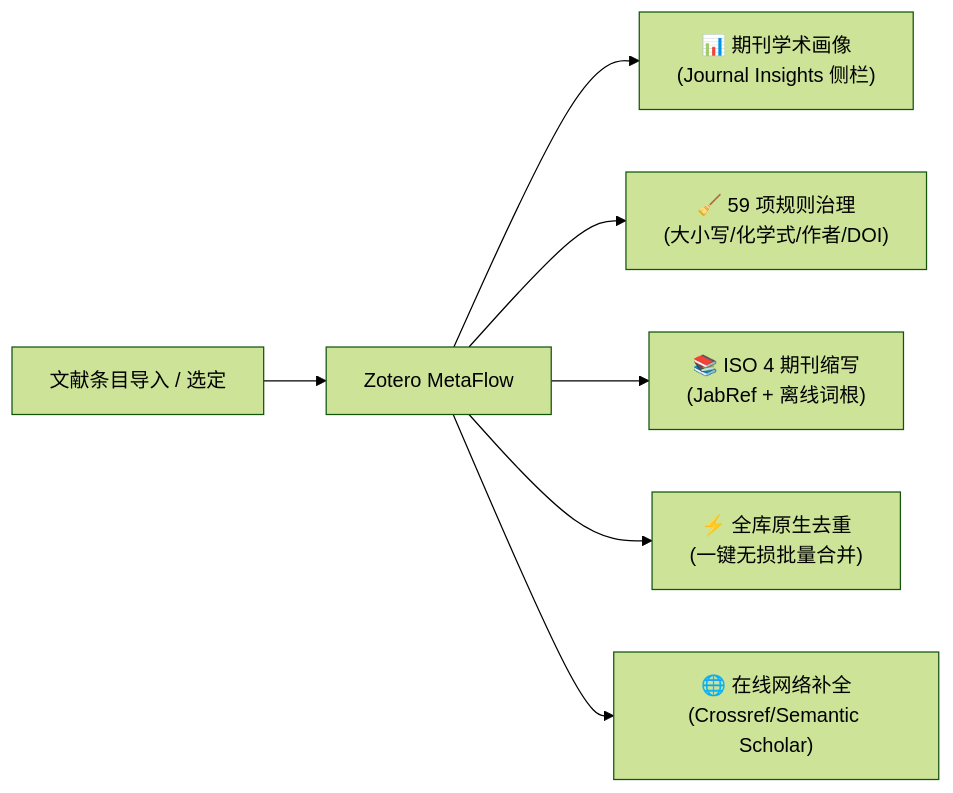
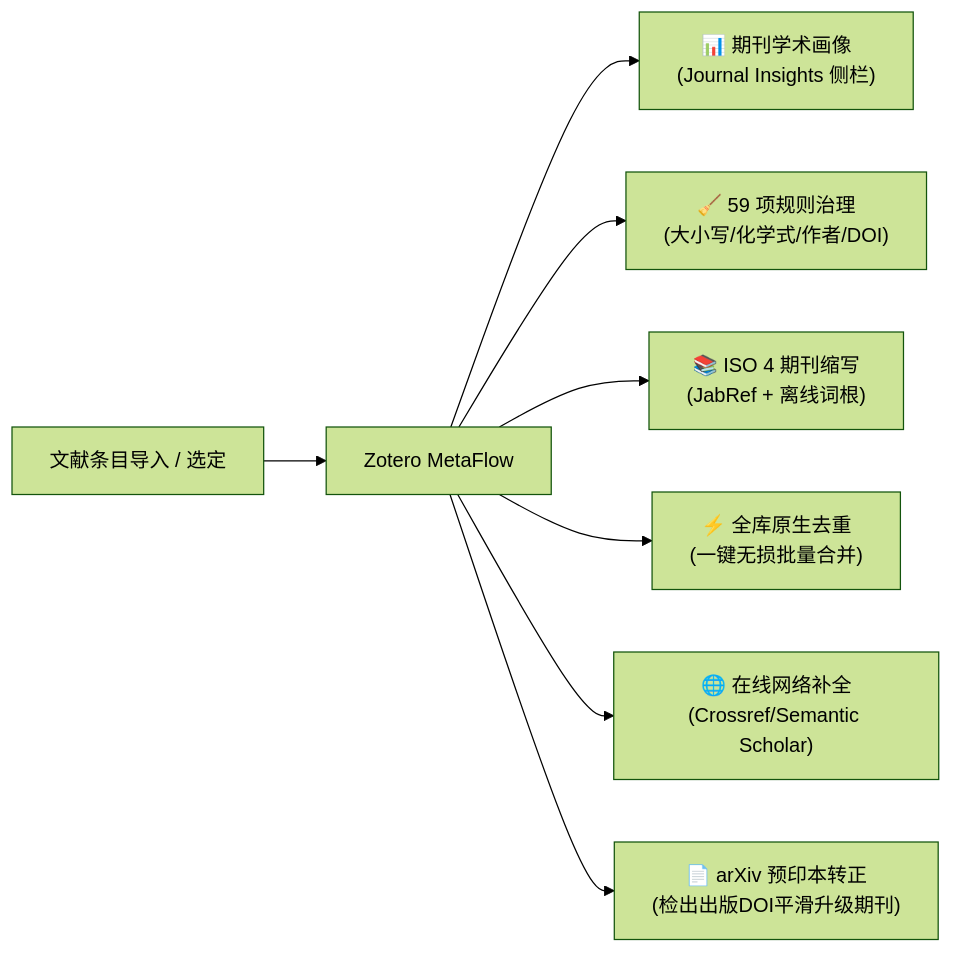
One commit to groele/MetaRef-for-Zotero changed the diagram in README.md. Above: the diagram before and after it, drawn with Mermaid (forest theme). The commit also changed other lines of this file and 14 other files, not shown here.

````diff
--- a/README.md
+++ b/README.md
@@ -33,9 +33,10 @@
 ```mermaid
 graph LR
     A["文献条目导入 / 选定"] --> B["Zotero MetaFlow"]
     B --> C["📊 期刊学术画像<br/>(Journal Insights 侧栏)"]
     B --> D["🧹 59 项规则治理<br/>(大小写/化学式/作者/DOI)"]
     B --> E["📚 ISO 4 期刊缩写<br/>(JabRef + 离线词根)"]
     B --> F["⚡ 全库原生去重<br/>(一键无损批量合并)"]
     B --> G["🌐 在线网络补全<br/>(Crossref/Semantic Scholar)"]
+    B --> H["📄 arXiv 预印本转正<br/>(检出出版DOI平滑升级期刊)"]
 ```
````
